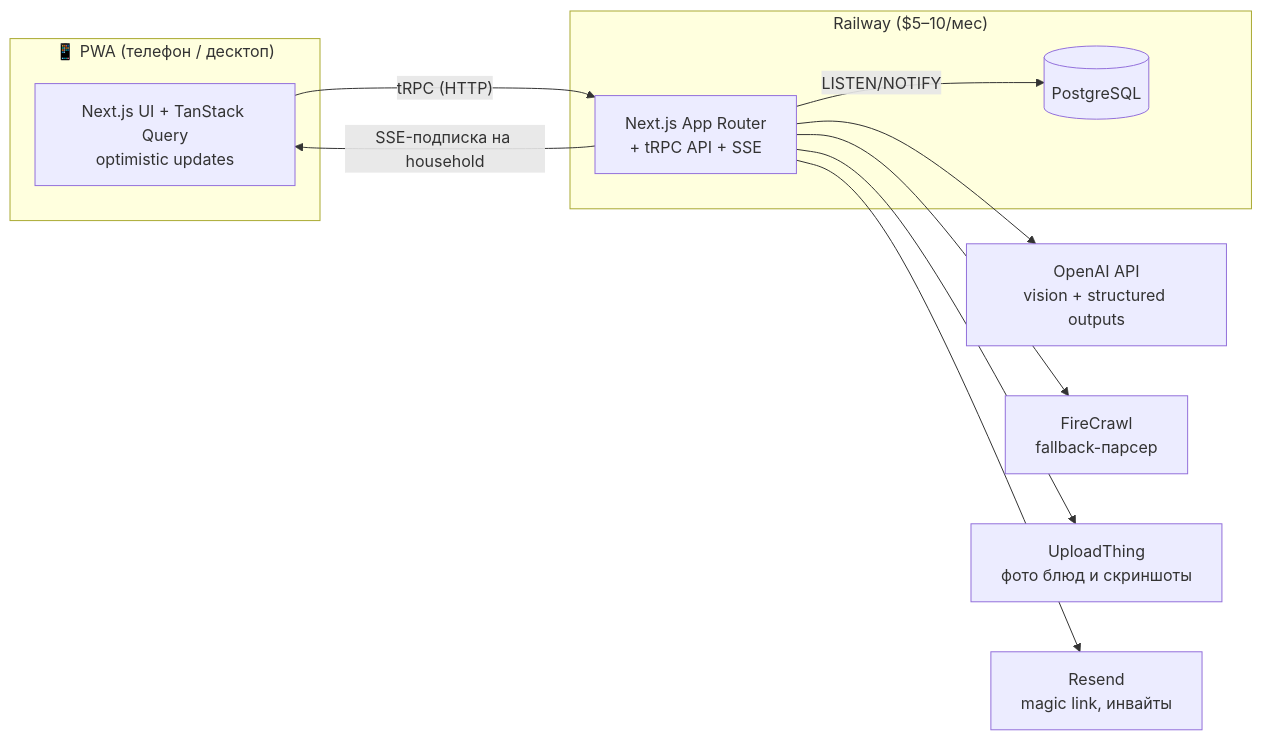
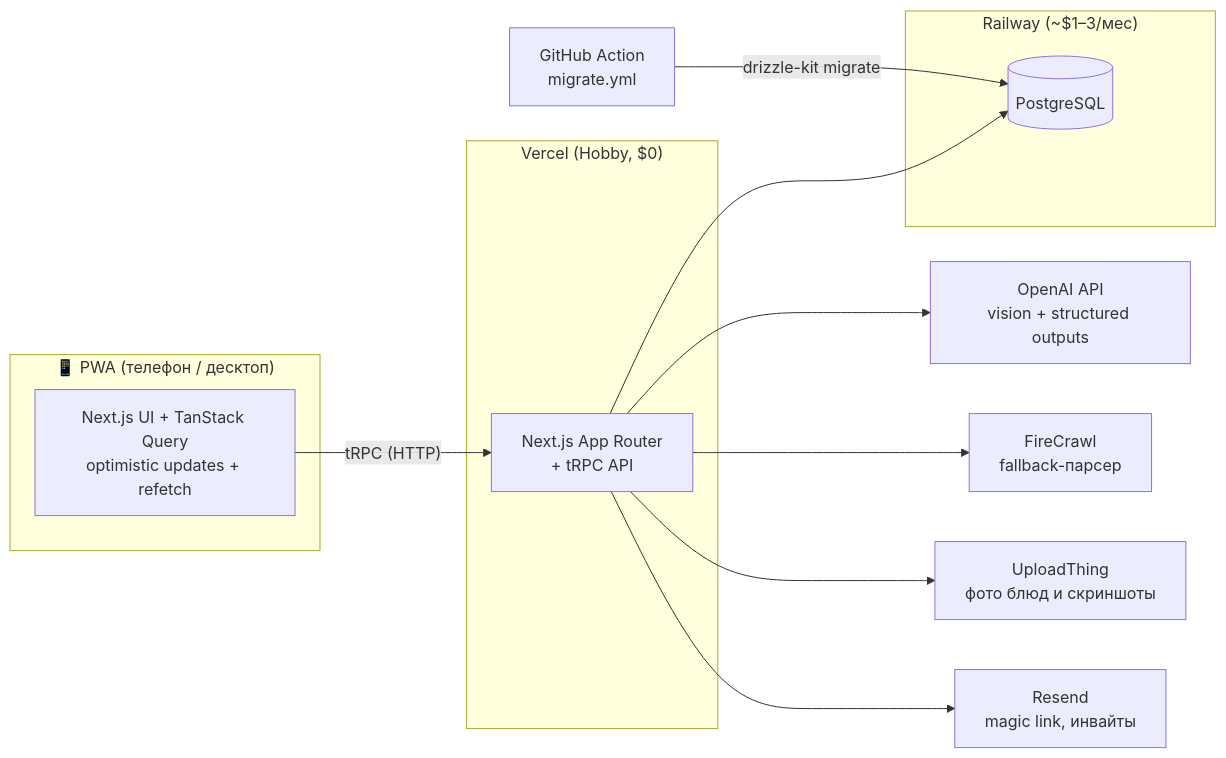
The second of 2 diagrams in VISION.md (ilyanosovsky/larder), drawn with Mermaid before and after one commit. The commit also changed other lines of this file and 12 other files, not shown here.

First line of the commit message:
chore: hosting pivot — Vercel app + Railway Postgres, refetch sync model (task 0.6)

````diff
--- a/VISION.md
+++ b/VISION.md
@@ -138,17 +138,19 @@
 ```mermaid
 flowchart LR
     subgraph Client["📱 PWA (телефон / десктоп)"]
-        UI[Next.js UI + TanStack Query\noptimistic updates]
+        UI[Next.js UI + TanStack Query\noptimistic updates + refetch]
     end
-    subgraph Railway["Railway ($5–10/мес)"]
-        APP[Next.js App Router\n+ tRPC API + SSE]
+    subgraph Vercel["Vercel (Hobby, $0)"]
+        APP[Next.js App Router\n+ tRPC API]
+    end
+    subgraph Railway["Railway (~$1–3/мес)"]
         DB[(PostgreSQL)]
-        APP -- LISTEN/NOTIFY --> DB
     end
+    GH[GitHub Action\nmigrate.yml] -- drizzle-kit migrate --> DB
     UI -- tRPC (HTTP) --> APP
-    APP -- SSE-подписка на household --> UI
+    APP --> DB
     APP --> OpenAI[OpenAI API\nvision + structured outputs]
     APP --> FC[FireCrawl\nfallback-парсер]
     APP --> UT[UploadThing\nфото блюд и скриншоты]
     APP --> RS[Resend\nmagic link, инвайты]
 ```
````
